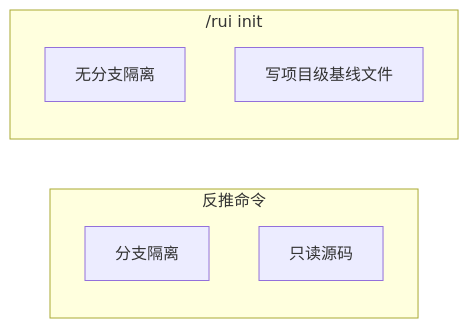
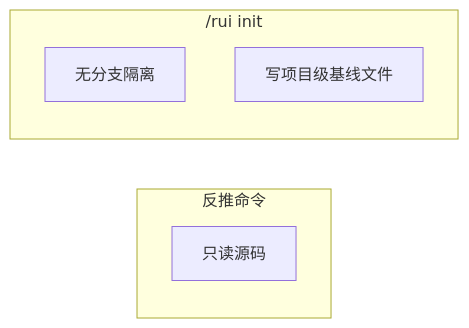
Before and after one commit to effiy/YrY: the seventh of 14 diagrams in rules/code-pipeline.md, drawn with Mermaid. The commit also changed other lines of this file and 42 other files, not shown here.

First line of the commit message:
feat: apply Mermaid authoring rules (M1-M12) across entire codebase

````diff
--- a/rules/code-pipeline.md
+++ b/rules/code-pipeline.md
@@ -177,12 +191,13 @@
 ```mermaid
 flowchart LR
     subgraph 反推["反推命令"]
-        E1["分支隔离"]:::ex
+        direction TB
         E2["只读源码"]:::ex
     end
     subgraph init["/rui init"]
         E3["无分支隔离"]:::ex
         E4["写项目级基线文件"]:::ex
     end
 
+
 ```
````
